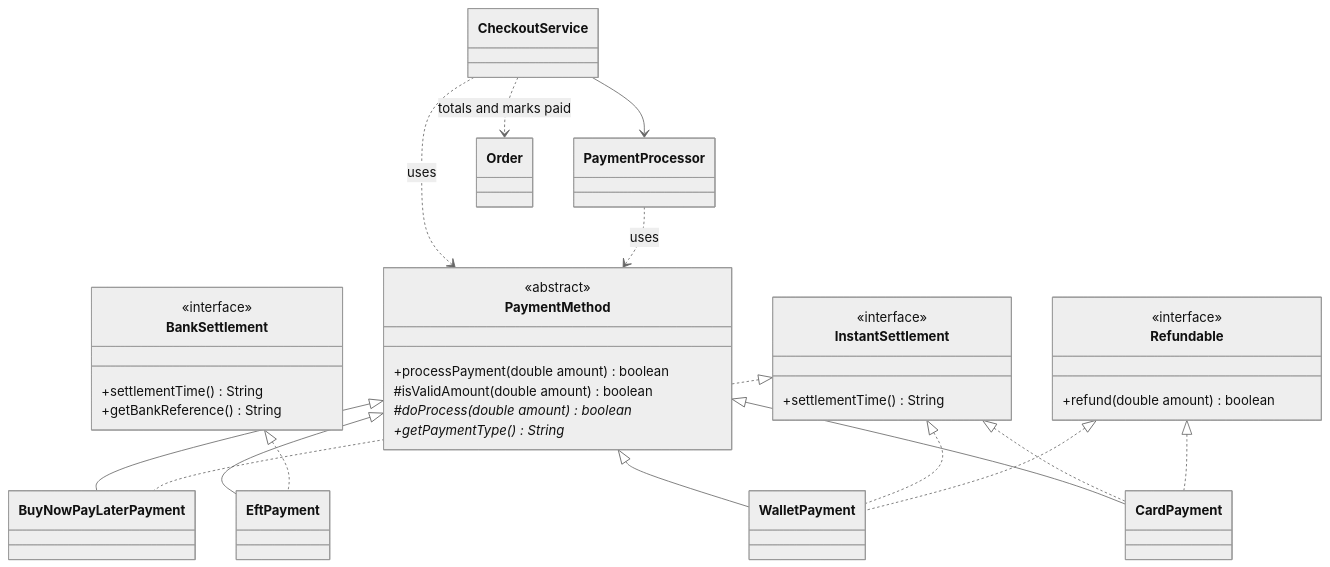
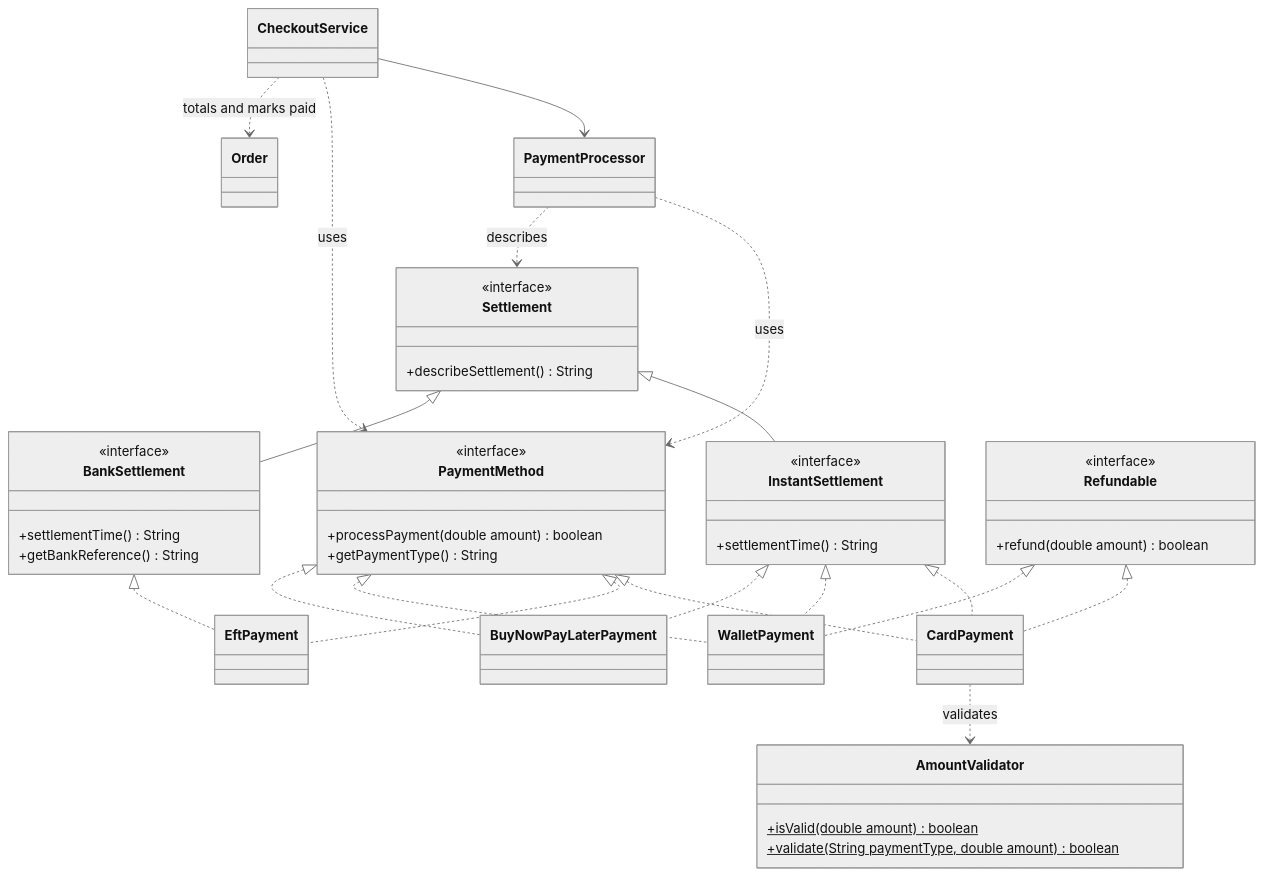
The diagram in paynestsystem/README.md (Umuzi-skillslab/merchant-order-desk-and-catalogue-engine-Tshifhiwa13), drawn with Mermaid (neutral theme) before and after one commit. The commit also changed other lines of this file and 16 other files, not shown here.

Commit message:
Changed PaymentMethod to an interface; handle free orders,exact BNPL instalments and updated the README.md to reflect the changes made to the PaymentMethod interface.

````diff
--- a/paynestsystem/README.md
+++ b/paynestsystem/README.md
@@ -112,37 +112,47 @@
 ```mermaid
 classDiagram
     class PaymentMethod {
-        <<abstract>>
+        <<interface>>
         +processPayment(double amount) boolean
-        #isValidAmount(double amount) boolean
-        #doProcess(double amount)* boolean
-        +getPaymentType()* String
+        +getPaymentType() String
+    }
+    class AmountValidator {
+        +isValid(double amount)$ boolean
+        +validate(String paymentType, double amount)$ boolean
+    }
+    class Settlement {
+        <<interface>>
+        +describeSettlement() String
     }
     class InstantSettlement {
         <<interface>>
         +settlementTime() String
     }
     class BankSettlement {
         <<interface>>
         +settlementTime() String
         +getBankReference() String
     }
+    Settlement <|-- InstantSettlement
+    Settlement <|-- BankSettlement
     class Refundable {
         <<interface>>
         +refund(double amount) boolean
     }
-    PaymentMethod <|-- CardPayment
-    PaymentMethod <|-- EftPayment
-    PaymentMethod <|-- WalletPayment
-    PaymentMethod <|-- BuyNowPayLaterPayment
+    PaymentMethod <|.. CardPayment
+    PaymentMethod <|.. EftPayment
+    PaymentMethod <|.. WalletPayment
+    PaymentMethod <|.. BuyNowPayLaterPayment
     InstantSettlement <|.. CardPayment
     Refundable <|.. CardPayment
     BankSettlement <|.. EftPayment
     InstantSettlement <|.. WalletPayment
     Refundable <|.. WalletPayment
     InstantSettlement <|.. BuyNowPayLaterPayment
     CheckoutService --> PaymentProcessor
     CheckoutService ..> PaymentMethod : uses
     CheckoutService ..> Order : totals and marks paid
     PaymentProcessor ..> PaymentMethod : uses
+    PaymentProcessor ..> Settlement : describes
+    CardPayment ..> AmountValidator : validates
 ```
````
